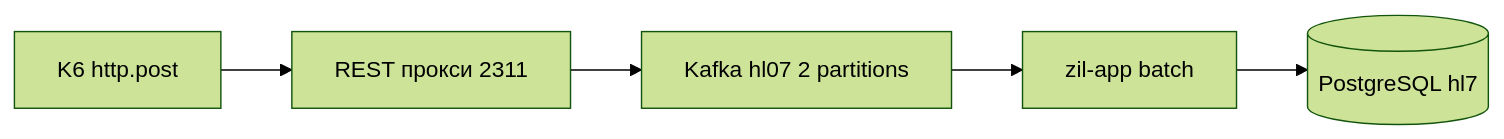
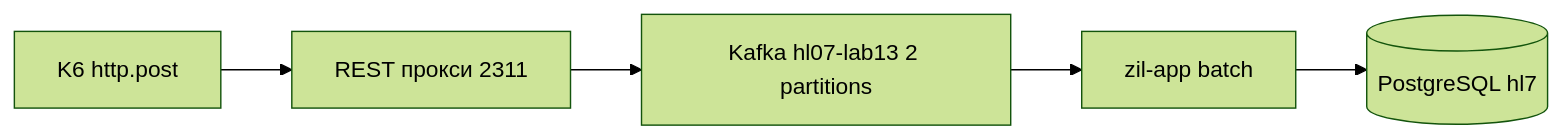
Before and after one commit to truchekaterina/High-load-systems: the diagram in zil/documentation/LAB13_MANUAL_FULL_RU.md, drawn with Mermaid (forest theme). The commit also changed other lines of this file and 9 other files, not shown here.

````diff
--- a/zil/documentation/LAB13_MANUAL_FULL_RU.md
+++ b/zil/documentation/LAB13_MANUAL_FULL_RU.md
@@ -248,10 +254,10 @@
 ```mermaid
 flowchart LR
   k6[K6 http.post]
   proxy[REST прокси 2311]
-  kafka[Kafka hl07 2 partitions]
+  kafka[Kafka hl07-lab13 2 partitions]
   app[zil-app batch]
   db[(PostgreSQL hl7)]
 
   k6 --> proxy --> kafka --> app --> db
 ```
````
